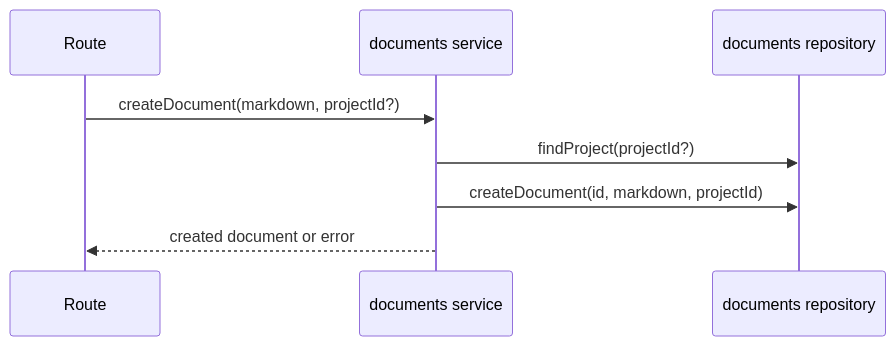
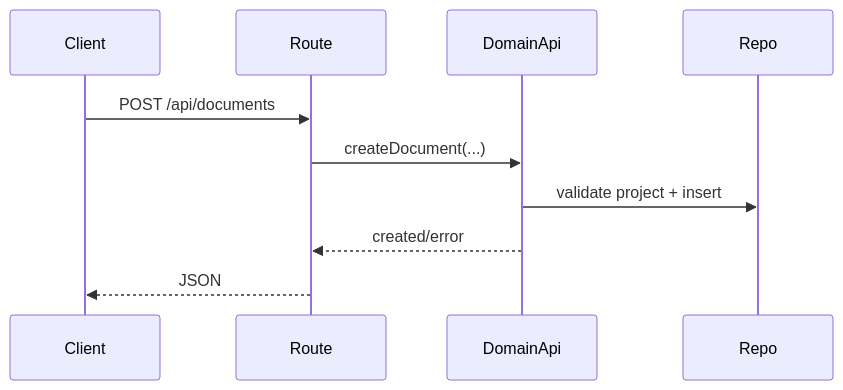
Before and after one commit to TurtleStoffel/tektite-console: the second of 7 diagrams in src/backend/domains/documents/README.md, drawn with Mermaid. The commit also changed other lines of this file and 30 other files, not shown here.

Commit message:
split domainApi from service

````diff
--- a/src/backend/domains/documents/README.md
+++ b/src/backend/domains/documents/README.md
@@ -24,10 +26,12 @@
 ```mermaid
 sequenceDiagram
+    participant Client
     participant Route
-    participant Service as documents service
-    participant Repo as documents repository
-    Route->>Service: createDocument(markdown, projectId?)
-    Service->>Repo: findProject(projectId?)
-    Service->>Repo: createDocument(id, markdown, projectId)
-    Service-->>Route: created document or error
+    participant DomainApi
+    participant Repo
+    Client->>Route: POST /api/documents
+    Route->>DomainApi: createDocument(...)
+    DomainApi->>Repo: validate project + insert
+    DomainApi-->>Route: created/error
+    Route-->>Client: JSON
 ```
````
